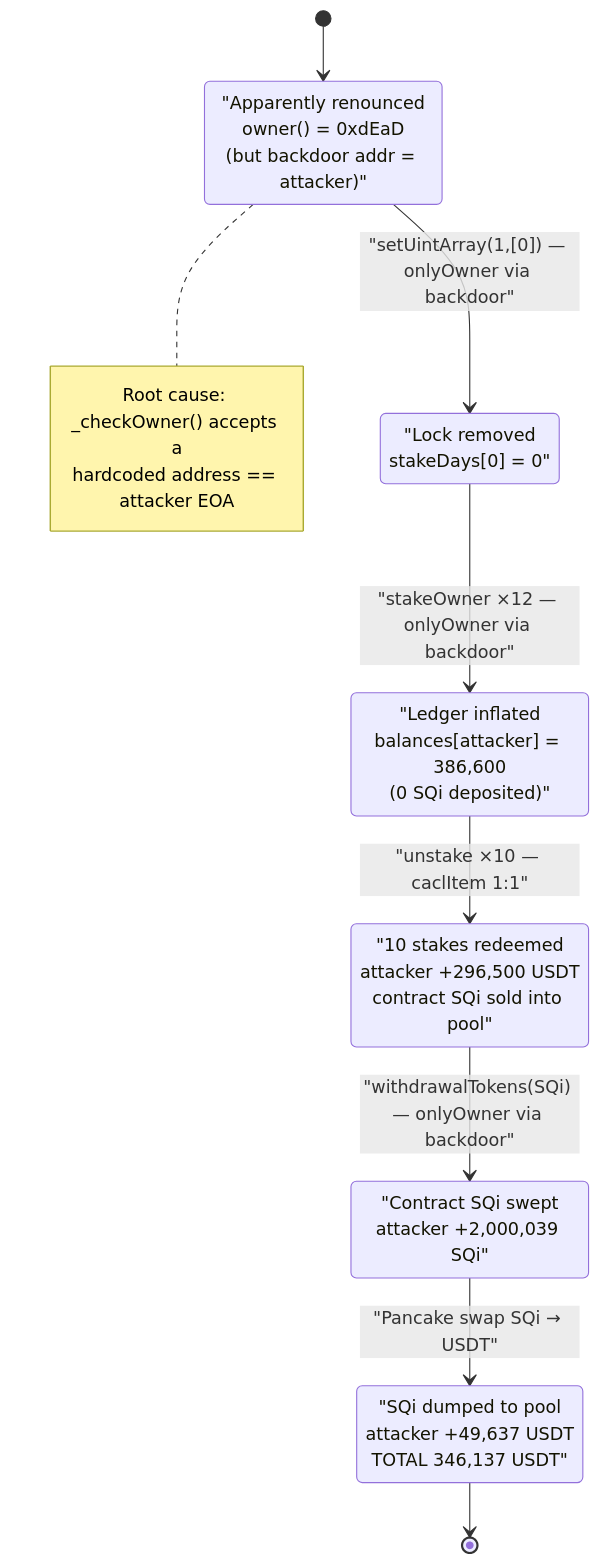
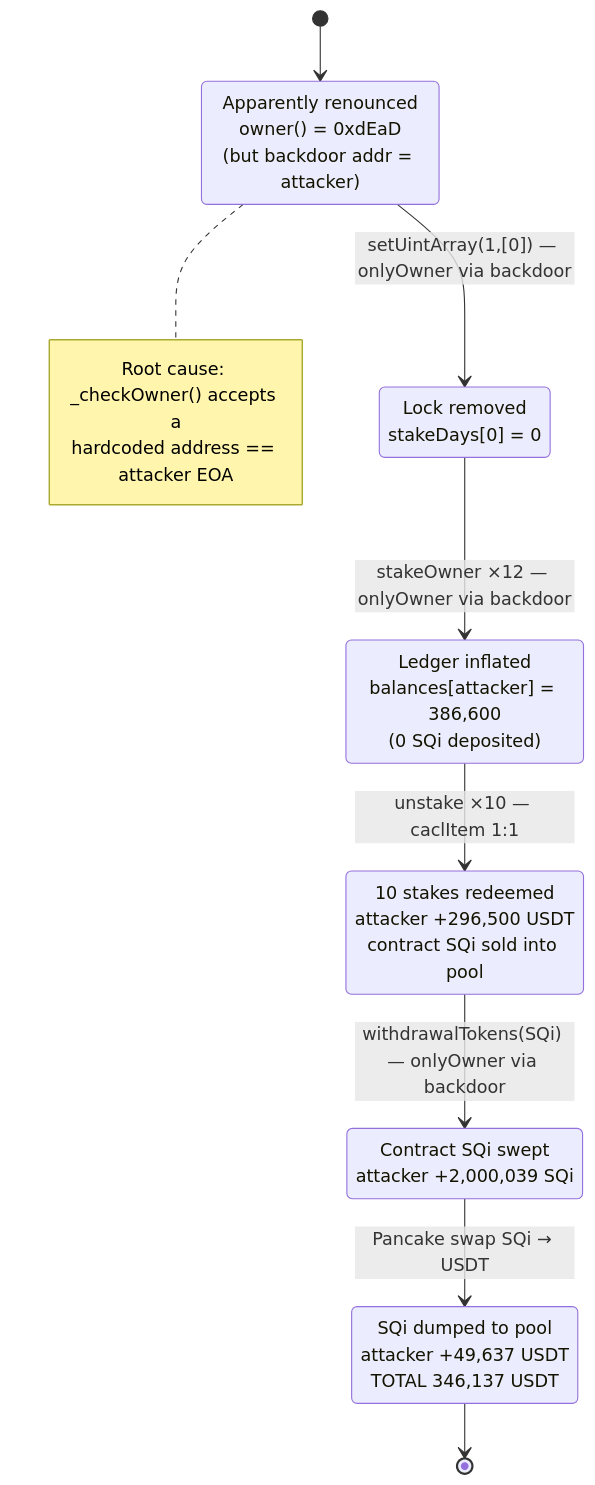
One commit to sanbir/evm-hack-registry changed the second of 3 diagrams in 2026-05-SQTokenStaking_exp/SQTokenStaking_exp.md. Above: the diagram before and after it, drawn with Mermaid. The commit also changed 280 other files, not shown here.

Commit message:
mermaid fixes

````diff
--- a/2026-05-SQTokenStaking_exp/SQTokenStaking_exp.md
+++ b/2026-05-SQTokenStaking_exp/SQTokenStaking_exp.md
@@ -343,23 +343,23 @@
 ```mermaid
 stateDiagram-v2
     [*] --> Renounced
 
-    Renounced: "Apparently renounced<br/>owner() = 0xdEaD<br/>(but backdoor addr = attacker)"
-    Unlocked: "Lock removed<br/>stakeDays[0] = 0"
-    Inflated: "Ledger inflated<br/>balances[attacker] = 386,600<br/>(0 SQi deposited)"
-    Redeemed: "10 stakes redeemed<br/>attacker +296,500 USDT<br/>contract SQi sold into pool"
-    Swept: "Contract SQi swept<br/>attacker +2,000,039 SQi"
-    Drained: "SQi dumped to pool<br/>attacker +49,637 USDT<br/>TOTAL 346,137 USDT"
+    Renounced: Apparently renounced<br/>owner() = 0xdEaD<br/>(but backdoor addr = attacker)
+    Unlocked: Lock removed<br/>stakeDays[0] = 0
+    Inflated: Ledger inflated<br/>balances[attacker] = 386,600<br/>(0 SQi deposited)
+    Redeemed: 10 stakes redeemed<br/>attacker +296,500 USDT<br/>contract SQi sold into pool
+    Swept: Contract SQi swept<br/>attacker +2,000,039 SQi
+    Drained: SQi dumped to pool<br/>attacker +49,637 USDT<br/>TOTAL 346,137 USDT
 
-    Renounced --> Unlocked: "setUintArray(1,[0]) — onlyOwner via backdoor"
-    Unlocked --> Inflated: "stakeOwner ×12 — onlyOwner via backdoor"
-    Inflated --> Redeemed: "unstake ×10 — caclItem 1:1"
-    Redeemed --> Swept: "withdrawalTokens(SQi) — onlyOwner via backdoor"
-    Swept --> Drained: "Pancake swap SQi → USDT"
+    Renounced --> Unlocked: setUintArray(1,[0]) — onlyOwner via backdoor
+    Unlocked --> Inflated: stakeOwner ×12 — onlyOwner via backdoor
+    Inflated --> Redeemed: unstake ×10 — caclItem 1#58;1
+    Redeemed --> Swept: withdrawalTokens(SQi) — onlyOwner via backdoor
+    Swept --> Drained: Pancake swap SQi → USDT
     Drained --> [*]
 
     note right of Renounced
         Root cause: _checkOwner() accepts a
         hardcoded address == attacker EOA
     end note
 ```
````
